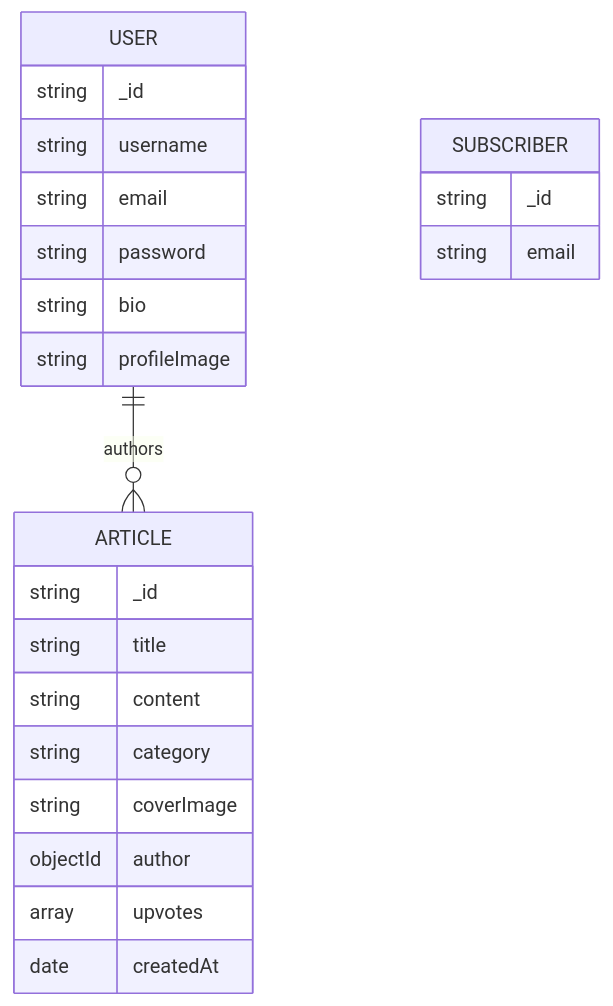
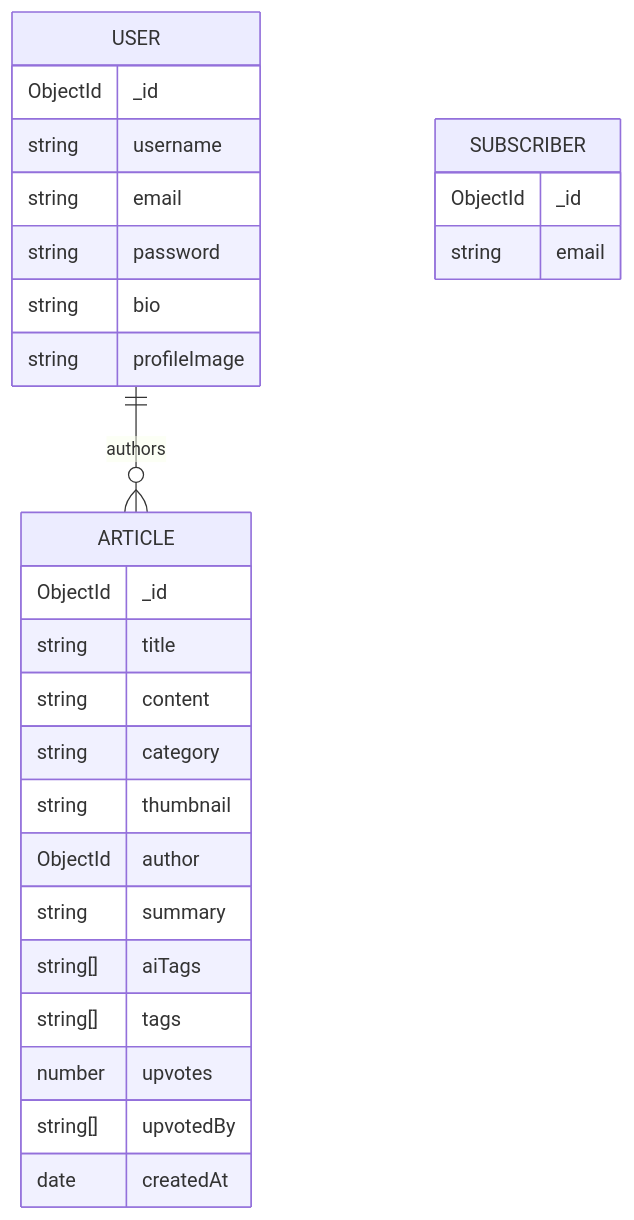
One commit to RanaVinit/novus changed the third of 3 diagrams in README.md. Above: the diagram before and after it, drawn with Mermaid. The commit also changed other lines of this file and 2 other files, not shown here.

````diff
--- a/README.md
+++ b/README.md
@@ -75,26 +124,30 @@
 ```mermaid
 erDiagram
     USER ||--o{ ARTICLE : authors
     USER {
-        string _id
+        ObjectId _id
         string username
         string email
         string password
         string bio
         string profileImage
     }
     ARTICLE {
-        string _id
+        ObjectId _id
         string title
         string content
         string category
-        string coverImage
-        objectId author
-        array upvotes
+        string thumbnail
+        ObjectId author
+        string summary
+        string[] aiTags
+        string[] tags
+        number upvotes
+        string[] upvotedBy
         date createdAt
     }
     SUBSCRIBER {
-        string _id
+        ObjectId _id
         string email
     }
 ```
````
